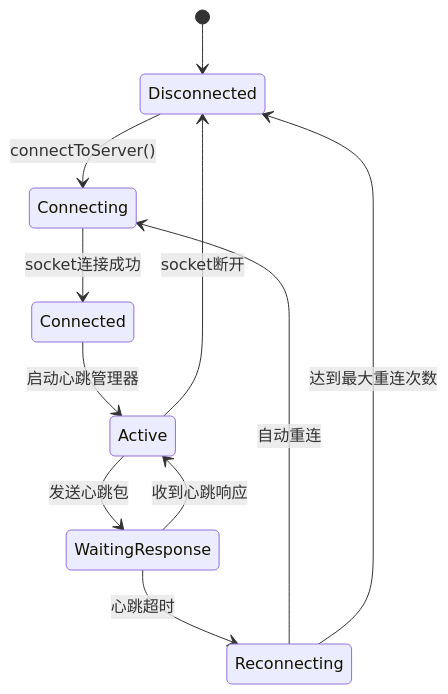
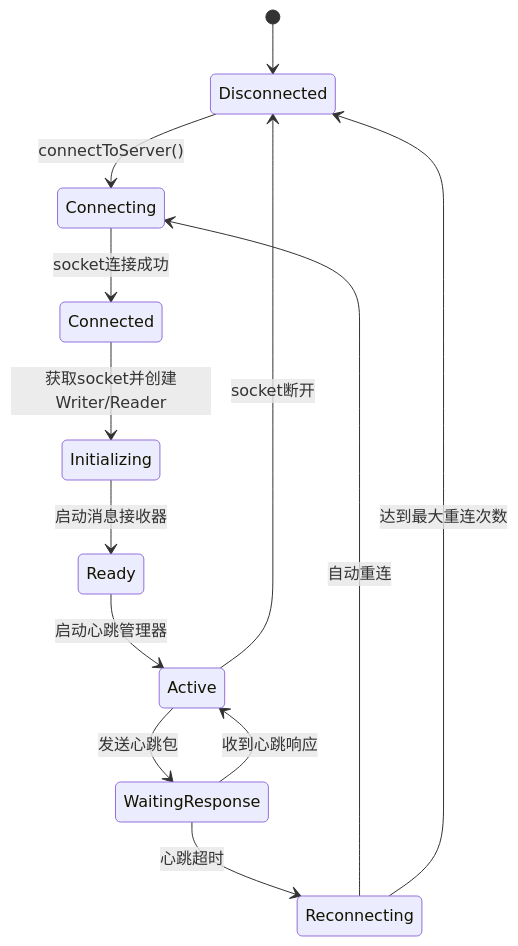
Before and after one commit to HeQiTZD/Triple-terminal-Attendance-Punching-System: the sixth of 8 diagrams in .qoder/repowiki/zh/content/核心模块/网络客户端模块/心跳管理器.md, drawn with Mermaid. The commit also changed other lines of this file and 18 other files, not shown here.

````diff
--- a/.qoder/repowiki/zh/content/核心模块/网络客户端模块/心跳管理器.md
+++ b/.qoder/repowiki/zh/content/核心模块/网络客户端模块/心跳管理器.md
@@ -298,13 +303,15 @@
 ```mermaid
 stateDiagram-v2
 [*] --> Disconnected
 Disconnected --> Connecting : connectToServer()
 Connecting --> Connected : socket连接成功
-Connected --> Active : 启动心跳管理器
+Connected --> Initializing : 获取socket并创建Writer/Reader
+Initializing --> Ready : 启动消息接收器
+Ready --> Active : 启动心跳管理器
 Active --> WaitingResponse : 发送心跳包
 WaitingResponse --> Active : 收到心跳响应
 WaitingResponse --> Reconnecting : 心跳超时
 Reconnecting --> Connecting : 自动重连
 Reconnecting --> Disconnected : 达到最大重连次数
 Active --> Disconnected : socket断开
 ```
````
